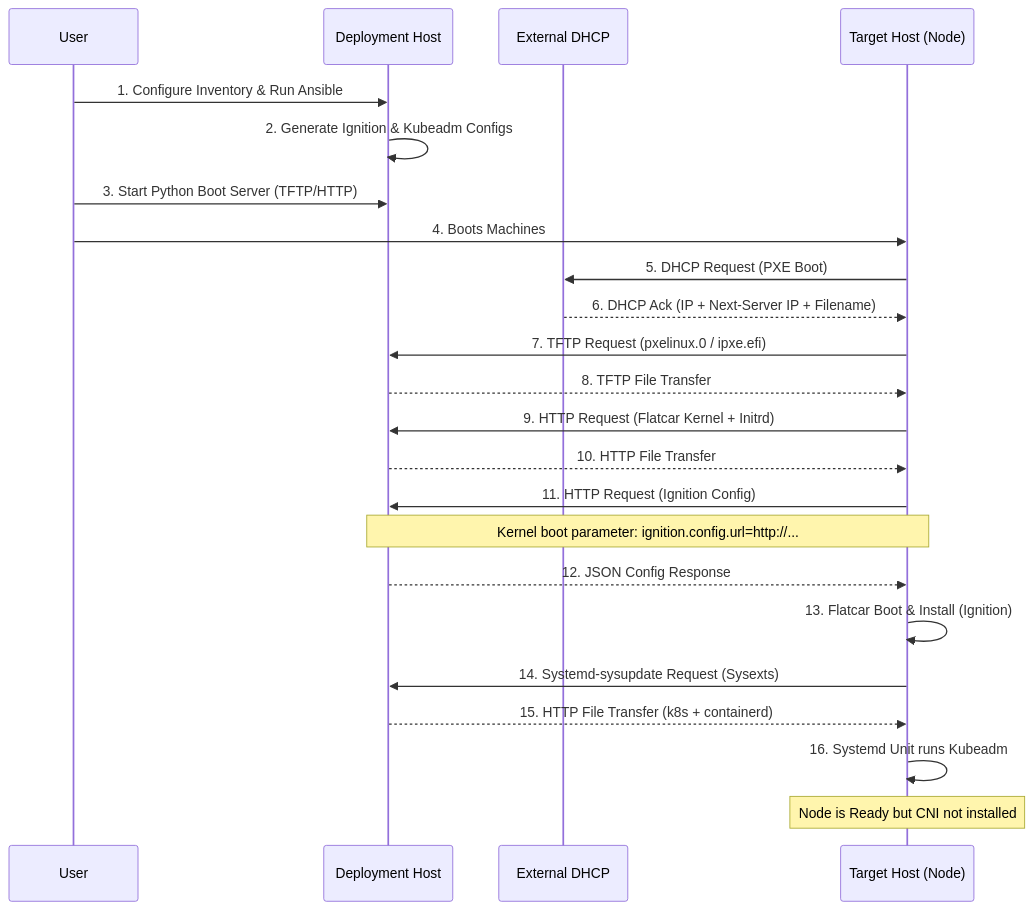
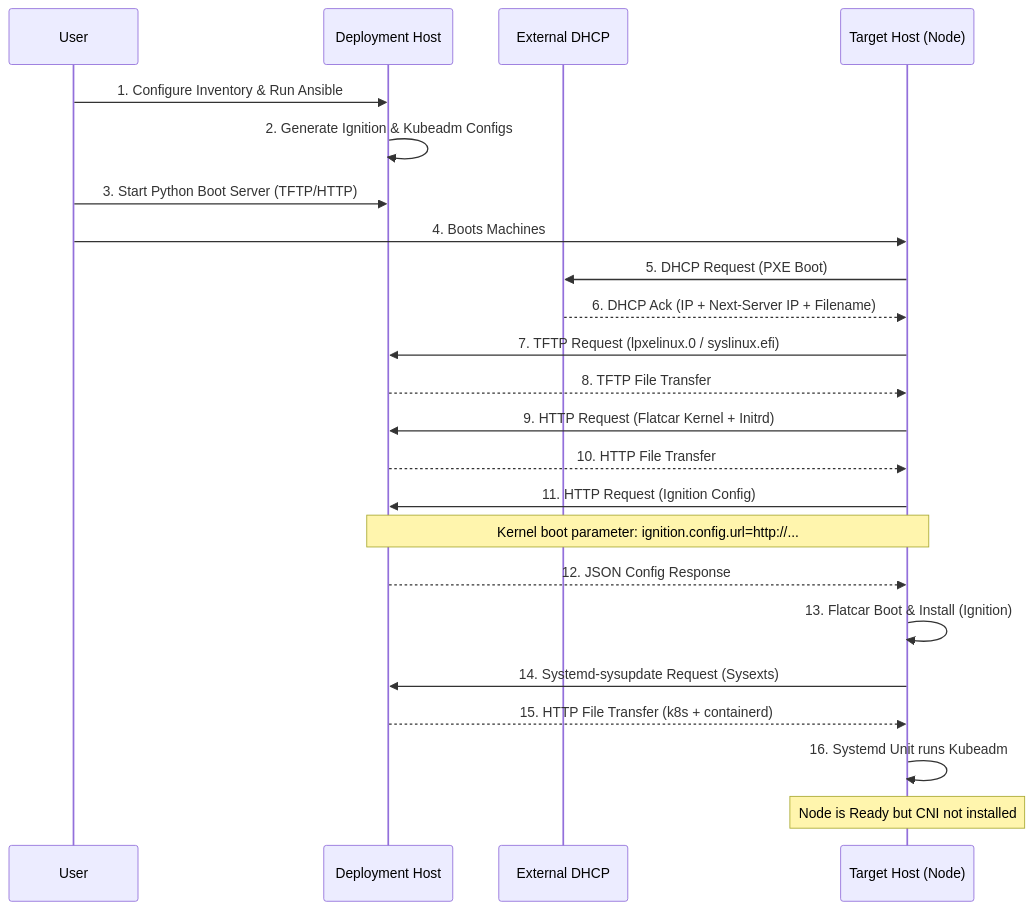
The first of 2 diagrams in architecture.md (JanWelker/homelab), drawn with Mermaid before and after one commit. The commit also changed other lines of this file and 11 other files, not shown here.

````diff
--- a/architecture.md
+++ b/architecture.md
@@ -27,34 +27,34 @@
 ```mermaid
 sequenceDiagram
     participant Admin as User
     participant Deploy as Deployment Host
     participant DHCP as External DHCP
     participant Target as Target Host (Node)
 
     Admin->>Deploy: 1. Configure Inventory & Run Ansible
     Deploy->>Deploy: 2. Generate Ignition & Kubeadm Configs
     Admin->>Deploy: 3. Start Python Boot Server (TFTP/HTTP)
     Admin->>Target: 4. Boots Machines
     
     Target->>DHCP: 5. DHCP Request (PXE Boot)
     DHCP-->>Target: 6. DHCP Ack (IP + Next-Server IP + Filename)
     
-    Target->>Deploy: 7. TFTP Request (pxelinux.0 / ipxe.efi)
+    Target->>Deploy: 7. TFTP Request (lpxelinux.0 / syslinux.efi)
     Deploy-->>Target: 8. TFTP File Transfer
     
     Target->>Deploy: 9. HTTP Request (Flatcar Kernel + Initrd)
     Deploy-->>Target: 10. HTTP File Transfer
     
     Target->>Deploy: 11. HTTP Request (Ignition Config)
     Note over Target,Deploy: Kernel boot parameter: ignition.config.url=http://...
     Deploy-->>Target: 12. JSON Config Response
     
     Target->>Target: 13. Flatcar Boot & Install (Ignition)
     
     Target->>Deploy: 14. Systemd-sysupdate Request (Sysexts)
     Deploy-->>Target: 15. HTTP File Transfer (k8s + containerd)
     
     Target->>Target: 16. Systemd Unit runs Kubeadm
     Note over Target: Node is Ready but CNI not installed
 
 ```
````
